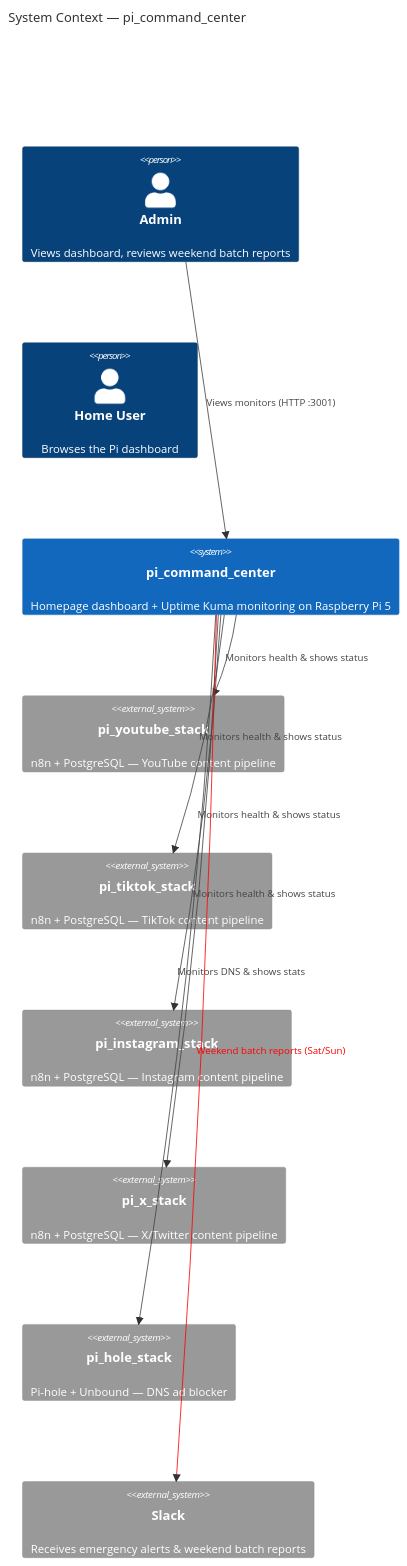
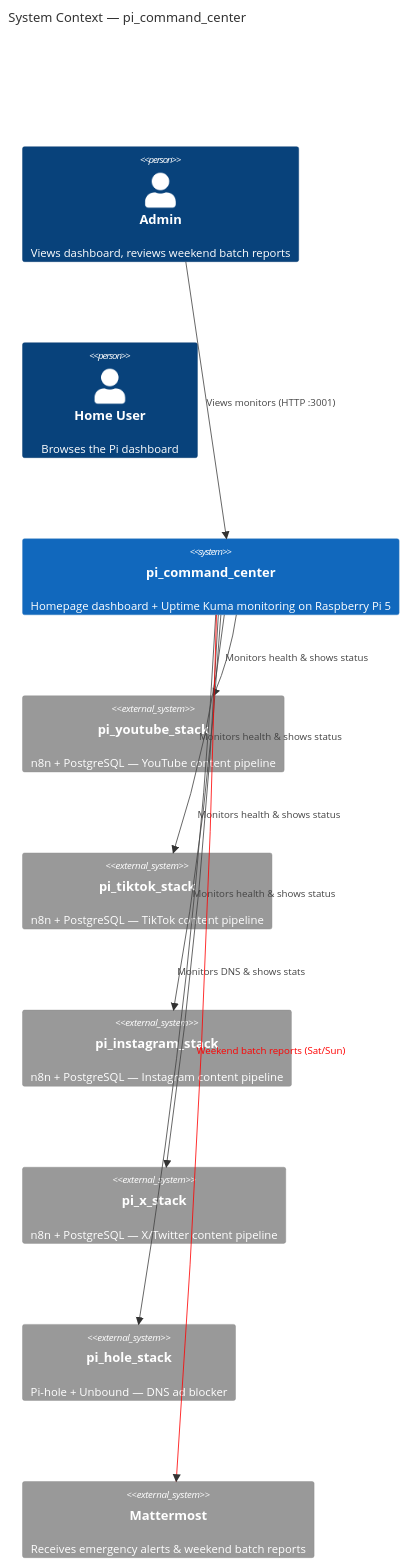
One commit to Adamo-97/pi_setup changed the first of 3 diagrams in pi_command_center/README.md. Above: the diagram before and after it, drawn with Mermaid. The commit also changed other lines of this file and 39 other files, not shown here.

````diff
--- a/pi_command_center/README.md
+++ b/pi_command_center/README.md
@@ -9,28 +9,28 @@
 ```mermaid
 C4Context
     title System Context — pi_command_center
 
     Person(admin, "Admin", "Views dashboard, reviews weekend batch reports")
     Person(user, "Home User", "Browses the Pi dashboard")
 
     System(command_center, "pi_command_center", "Homepage dashboard + Uptime Kuma monitoring on Raspberry Pi 5")
 
     System_Ext(youtube, "pi_youtube_stack", "n8n + PostgreSQL — YouTube content pipeline")
     System_Ext(tiktok, "pi_tiktok_stack", "n8n + PostgreSQL — TikTok content pipeline")
     System_Ext(instagram, "pi_instagram_stack", "n8n + PostgreSQL — Instagram content pipeline")
     System_Ext(x_stack, "pi_x_stack", "n8n + PostgreSQL — X/Twitter content pipeline")
     System_Ext(pihole, "pi_hole_stack", "Pi-hole + Unbound — DNS ad blocker")
-    System_Ext(slack, "Slack", "Receives emergency alerts & weekend batch reports")
+    System_Ext(mattermost, "Mattermost", "Receives emergency alerts & weekend batch reports")
 
     Rel(admin, command_center, "Views dashboard (HTTP :3010)")
     Rel(admin, command_center, "Views monitors (HTTP :3001)")
     Rel(command_center, youtube, "Monitors health & shows status")
     Rel(command_center, tiktok, "Monitors health & shows status")
     Rel(command_center, instagram, "Monitors health & shows status")
     Rel(command_center, x_stack, "Monitors health & shows status")
     Rel(command_center, pihole, "Monitors DNS & shows stats")
-    Rel(command_center, slack, "Emergency alerts (immediate)")
-    Rel(command_center, slack, "Weekend batch reports (Sat/Sun)")
+    Rel(command_center, mattermost, "Emergency alerts (immediate)")
+    Rel(command_center, mattermost, "Weekend batch reports (Sat/Sun)")
 
-    UpdateRelStyle(command_center, slack, $lineColor="red", $textColor="red")
+    UpdateRelStyle(command_center, mattermost, $lineColor="red", $textColor="red")
 ```
````
